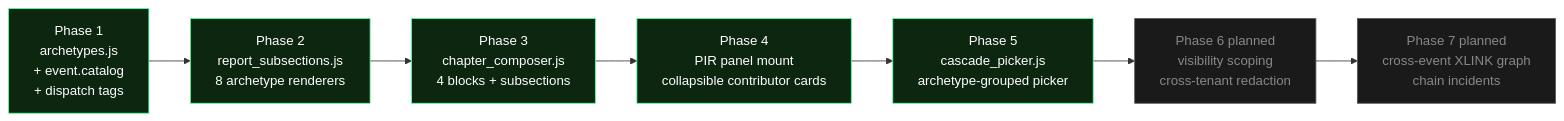
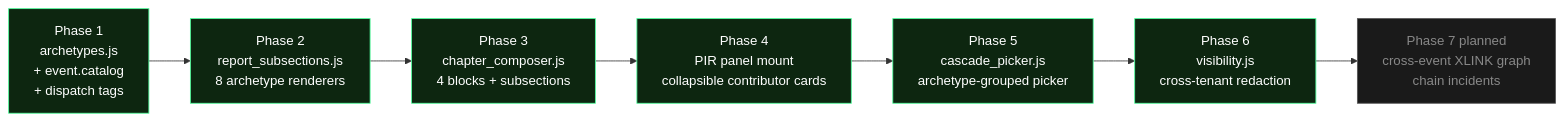
One commit to Luckyluc321/ISR-Systems-c2-platform changed the fourth of 5 diagrams in docs/cross-agency-flows.md. Above: the diagram before and after it, drawn with Mermaid. The commit also changed other lines of this file and 4 other files, not shown here.

````diff
--- a/docs/cross-agency-flows.md
+++ b/docs/cross-agency-flows.md
@@ -600,18 +652,18 @@
 ```mermaid
 flowchart LR
   P1[Phase 1<br/>archetypes.js<br/>+ event.catalog<br/>+ dispatch tags]
   P2[Phase 2<br/>report_subsections.js<br/>8 archetype renderers]
   P3[Phase 3<br/>chapter_composer.js<br/>4 blocks + subsections]
   P4[Phase 4<br/>PIR panel mount<br/>collapsible contributor cards]
   P5[Phase 5<br/>cascade_picker.js<br/>archetype-grouped picker]
-  P6[Phase 6 planned<br/>visibility scoping<br/>cross-tenant redaction]
+  P6[Phase 6<br/>visibility.js<br/>cross-tenant redaction]
   P7[Phase 7 planned<br/>cross-event XLINK graph<br/>chain incidents]
   P1 --> P2 --> P3 --> P4 --> P5 --> P6 --> P7
   style P1 fill:#0d2610,stroke:#4dff9c,color:#fff
   style P2 fill:#0d2610,stroke:#4dff9c,color:#fff
   style P3 fill:#0d2610,stroke:#4dff9c,color:#fff
   style P4 fill:#0d2610,stroke:#4dff9c,color:#fff
   style P5 fill:#0d2610,stroke:#4dff9c,color:#fff
-  style P6 fill:#1a1a1a,stroke:#555,color:#888
+  style P6 fill:#0d2610,stroke:#4dff9c,color:#fff
   style P7 fill:#1a1a1a,stroke:#555,color:#888
 ```
````
